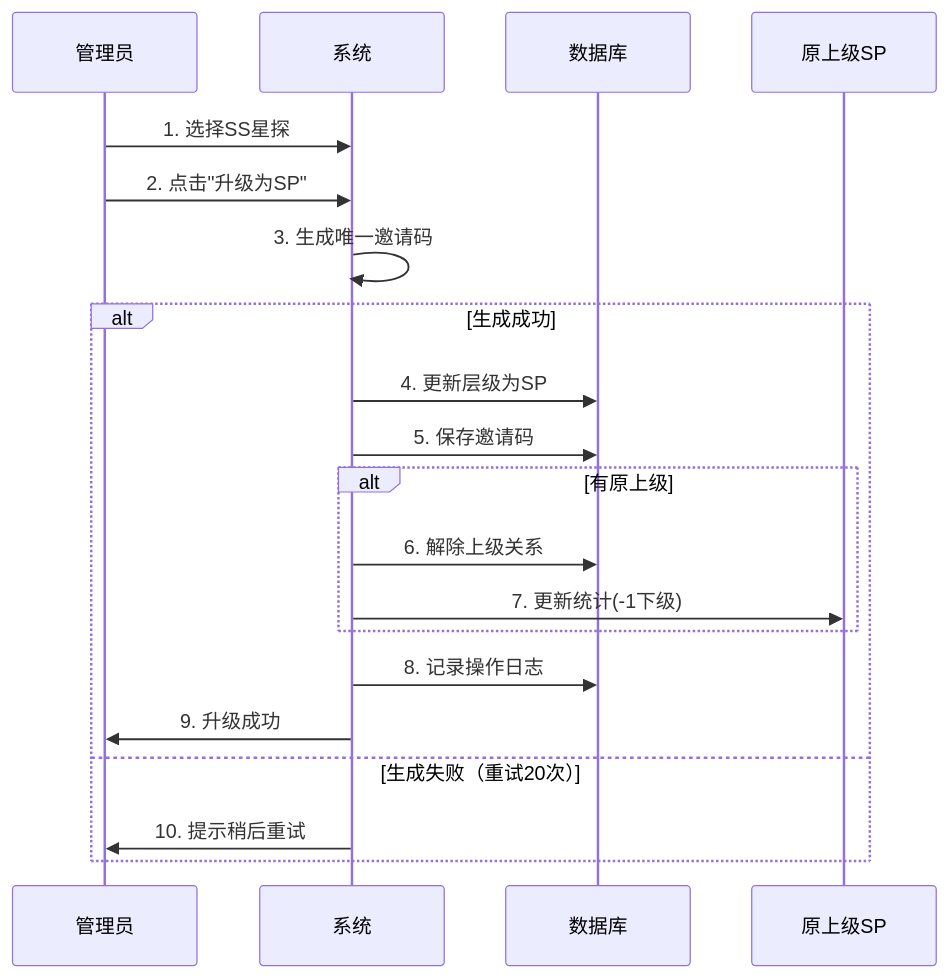
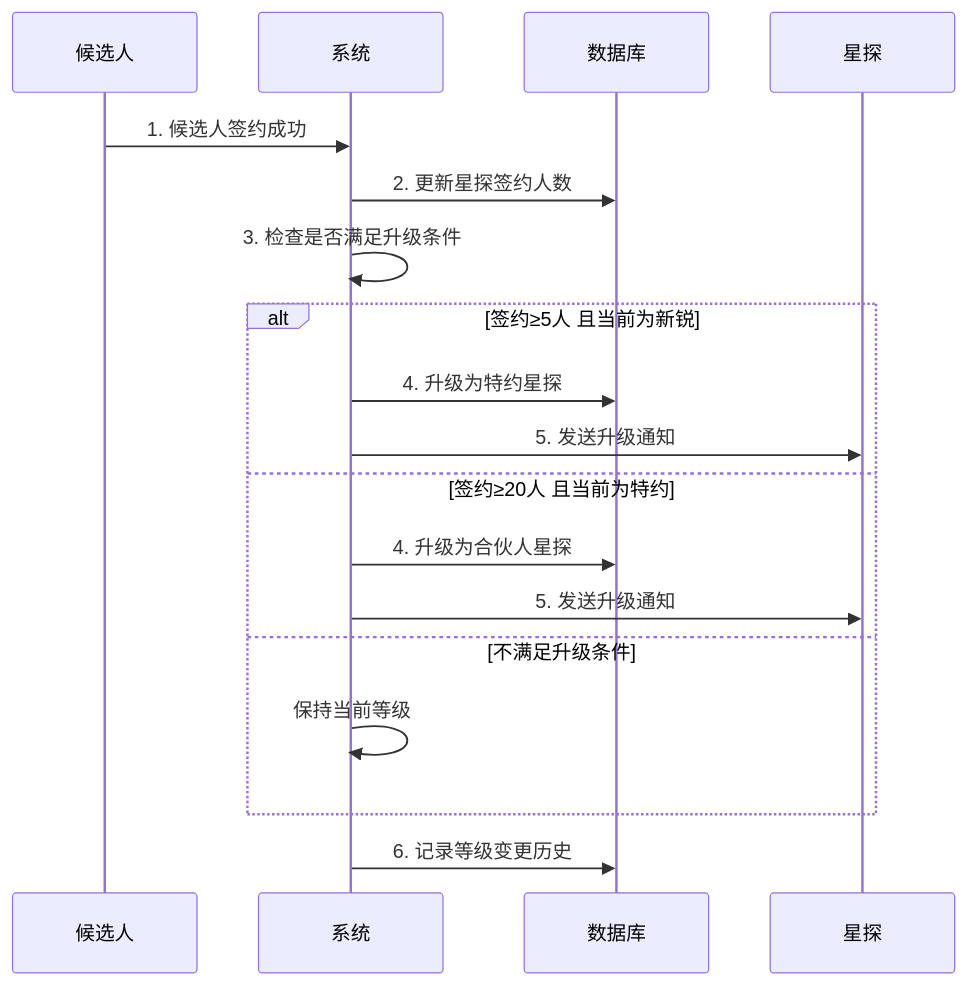
One commit to chzhh393/aomi-star changed diagram 13 of 20 in docs/guides/business/workflows/business-processes-overview.md. Above: the diagram before and after it, drawn with Mermaid. The commit also changed other lines of this file and 47 other files, not shown here.

````diff
--- a/docs/guides/business/workflows/business-processes-overview.md
+++ b/docs/guides/business/workflows/business-processes-overview.md
@@ -1574,26 +1592,23 @@
 ```mermaid
 sequenceDiagram
-    participant AD as 管理员
+    participant C as 候选人
     participant SYS as 系统
     participant DB as 数据库
-    participant PS as 原上级SP
-    
-    AD->>SYS: 1. 选择SS星探
-    AD->>SYS: 2. 点击"升级为SP"
-    SYS->>SYS: 3. 生成唯一邀请码
-    
-    alt 生成成功
-        SYS->>DB: 4. 更新层级为SP
-        SYS->>DB: 5. 保存邀请码
-        
-        alt 有原上级
-            SYS->>DB: 6. 解除上级关系
-            SYS->>PS: 7. 更新统计(-1下级)
-        end
-        
-        SYS->>DB: 8. 记录操作日志
-        SYS->>AD: 9. 升级成功
-    else 生成失败（重试20次）
-        SYS->>AD: 10. 提示稍后重试
+    participant S as 星探
+
+    C->>SYS: 1. 候选人签约成功
+    SYS->>DB: 2. 更新星探签约人数
+    SYS->>SYS: 3. 检查是否满足升级条件
+
+    alt 签约≥5人 且当前为新锐
+        SYS->>DB: 4. 升级为特约星探
+        SYS->>S: 5. 发送升级通知
+    else 签约≥20人 且当前为特约
+        SYS->>DB: 4. 升级为合伙人星探
+        SYS->>S: 5. 发送升级通知
+    else 不满足升级条件
+        SYS->>SYS: 保持当前等级
     end
+
+    SYS->>DB: 6. 记录等级变更历史
 ```
````
